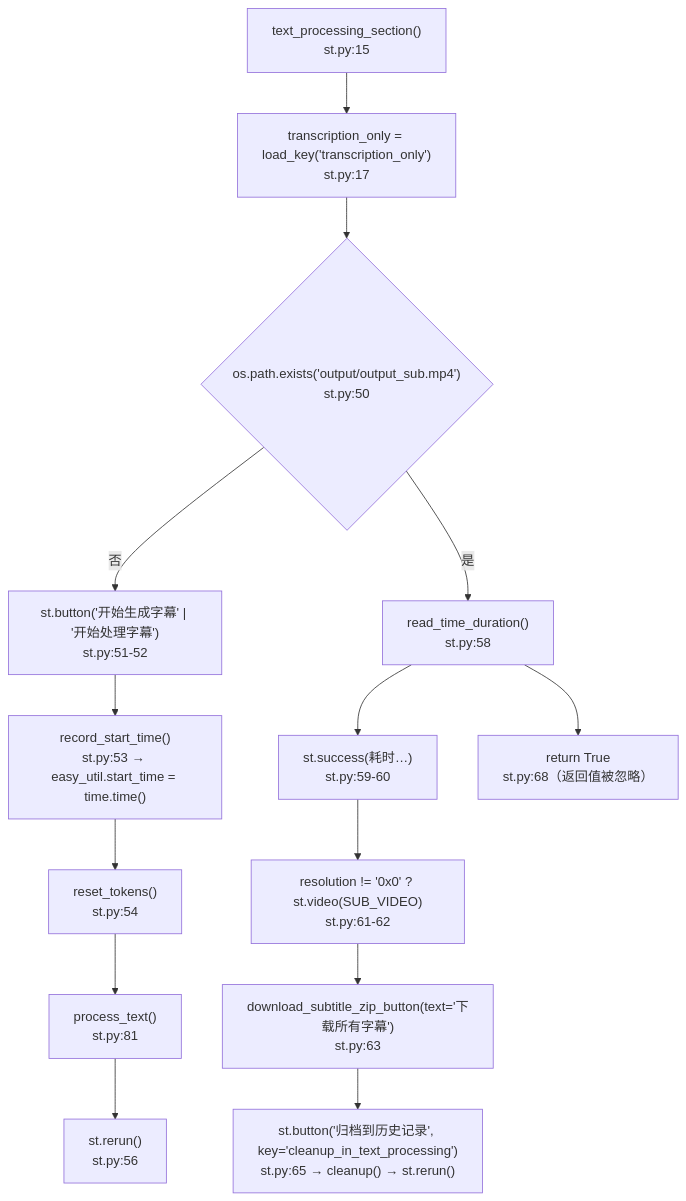
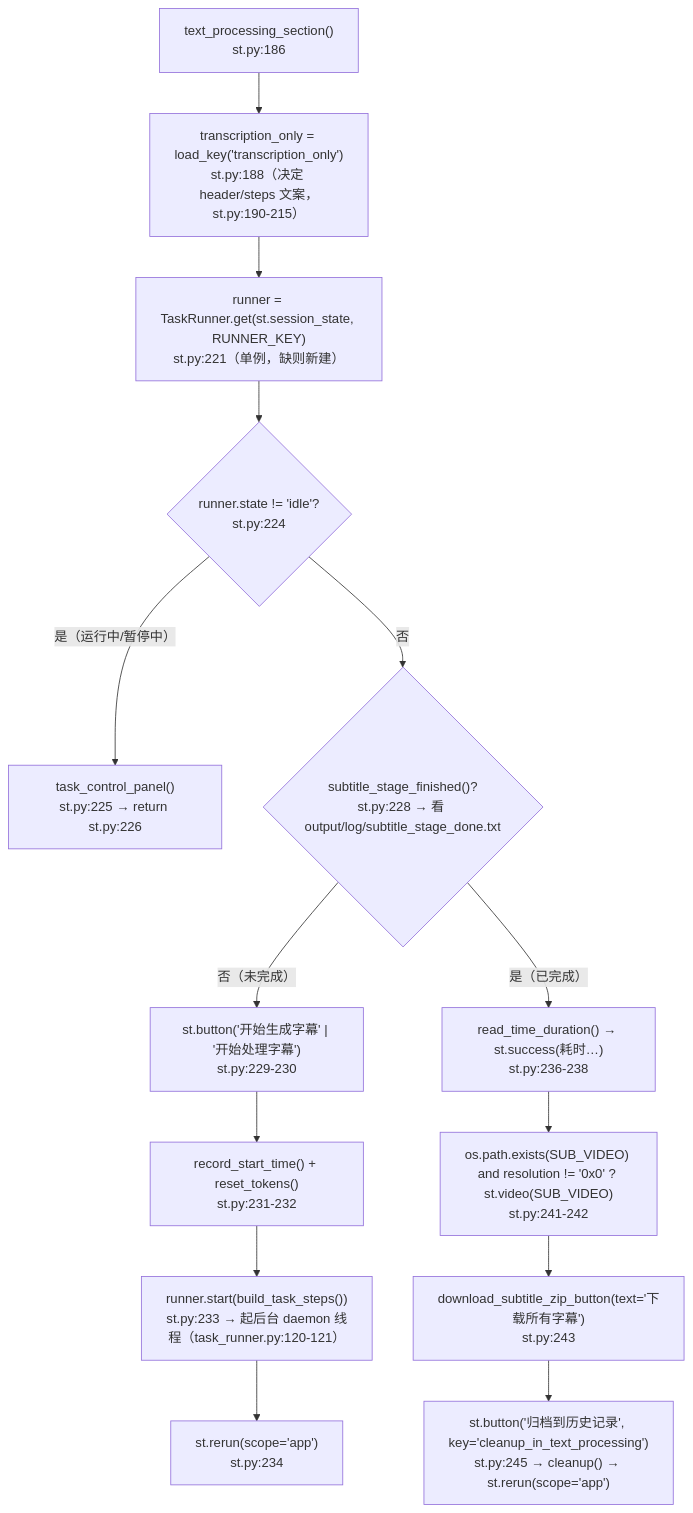
The second of 4 diagrams in devdocs/01-entrypoints/01-Streamlit主应用入口.md (Brzjomo/VideoLingoMove), drawn with Mermaid before and after one commit. The commit also changed other lines of this file and 30 other files, not shown here.

````diff
--- a/devdocs/01-entrypoints/01-Streamlit主应用入口.md
+++ b/devdocs/01-entrypoints/01-Streamlit主应用入口.md
@@ -100,16 +116,16 @@
 ```mermaid
 flowchart TD
-    A["text_processing_section()<br/>st.py:15"] --> B["transcription_only = load_key('transcription_only')<br/>st.py:17"]
-    B --> C{"os.path.exists('output/output_sub.mp4')<br/>st.py:50"}
-    C -- "否" --> D["st.button('开始生成字幕' | '开始处理字幕')<br/>st.py:51-52"]
-    D --> E["record_start_time()<br/>st.py:53 → easy_util.start_time = time.time()"]
-    E --> F["reset_tokens()<br/>st.py:54"]
-    F --> G["process_text()<br/>st.py:81"]
-    G --> H["st.rerun()<br/>st.py:56"]
-    C -- "是" --> I["read_time_duration()<br/>st.py:58"]
-    I --> J["st.success(耗时…)<br/>st.py:59-60"]
-    J --> K["resolution != '0x0' ? st.video(SUB_VIDEO)<br/>st.py:61-62"]
-    K --> L["download_subtitle_zip_button(text='下载所有字幕')<br/>st.py:63"]
-    L --> M["st.button('归档到历史记录', key='cleanup_in_text_processing')<br/>st.py:65 → cleanup() → st.rerun()"]
-    I --> N["return True<br/>st.py:68（返回值被忽略）"]
+    A["text_processing_section()<br/>st.py:186"] --> B["transcription_only = load_key('transcription_only')<br/>st.py:188（决定 header/steps 文案，st.py:190-215）"]
+    B --> C["runner = TaskRunner.get(st.session_state, RUNNER_KEY)<br/>st.py:221（单例，缺则新建）"]
+    C --> D{"runner.state != 'idle'?<br/>st.py:224"}
+    D -- "是（运行中/暂停中）" --> D2["task_control_panel()<br/>st.py:225 → return st.py:226"]
+    D -- "否" --> E{"subtitle_stage_finished()?<br/>st.py:228 → 看 output/log/subtitle_stage_done.txt"}
+    E -- "否（未完成）" --> F["st.button('开始生成字幕' | '开始处理字幕')<br/>st.py:229-230"]
+    F --> G["record_start_time() + reset_tokens()<br/>st.py:231-232"]
+    G --> H["runner.start(build_task_steps())<br/>st.py:233 → 起后台 daemon 线程（task_runner.py:120-121）"]
+    H --> I["st.rerun(scope='app')<br/>st.py:234"]
+    E -- "是（已完成）" --> J["read_time_duration() → st.success(耗时…)<br/>st.py:236-238"]
+    J --> K["os.path.exists(SUB_VIDEO) and resolution != '0x0' ? st.video(SUB_VIDEO)<br/>st.py:241-242"]
+    K --> L["download_subtitle_zip_button(text='下载所有字幕')<br/>st.py:243"]
+    L --> M["st.button('归档到历史记录', key='cleanup_in_text_processing')<br/>st.py:245 → cleanup() → st.rerun(scope='app')"]
 ```
````
